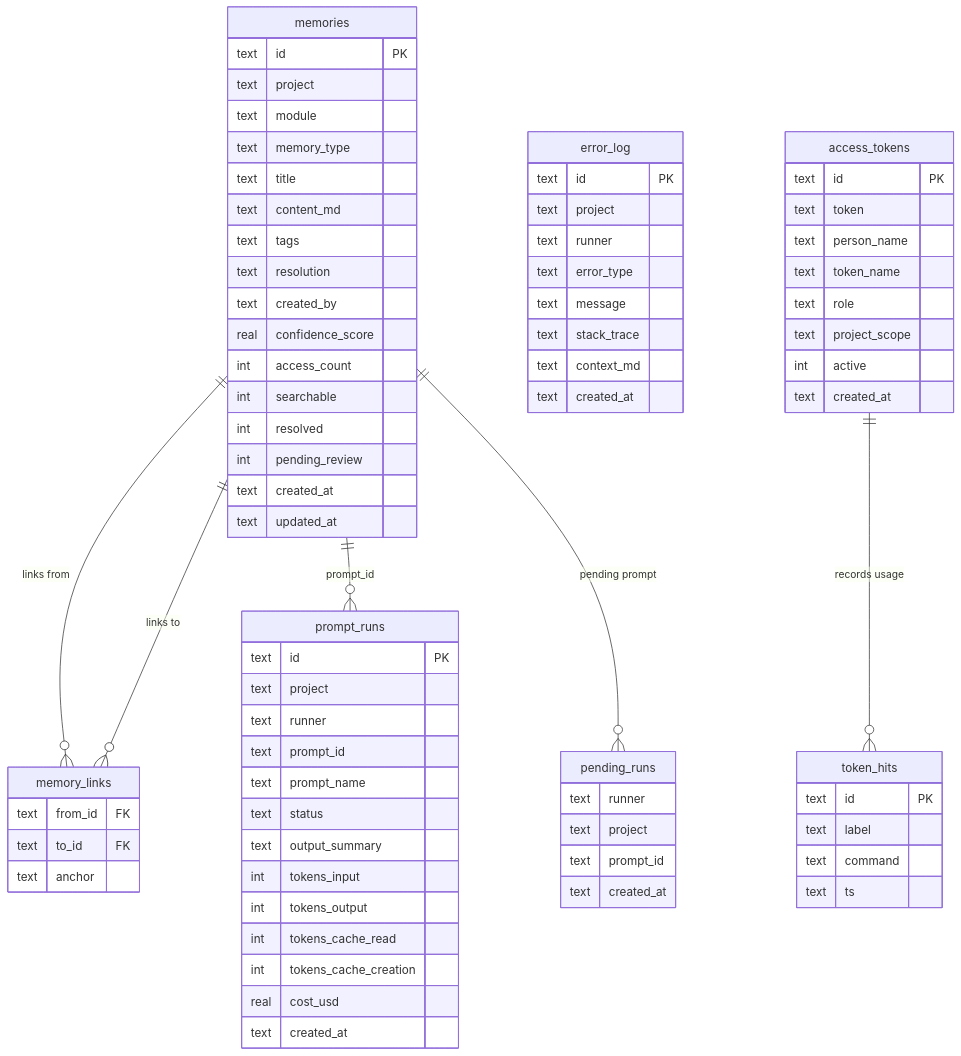
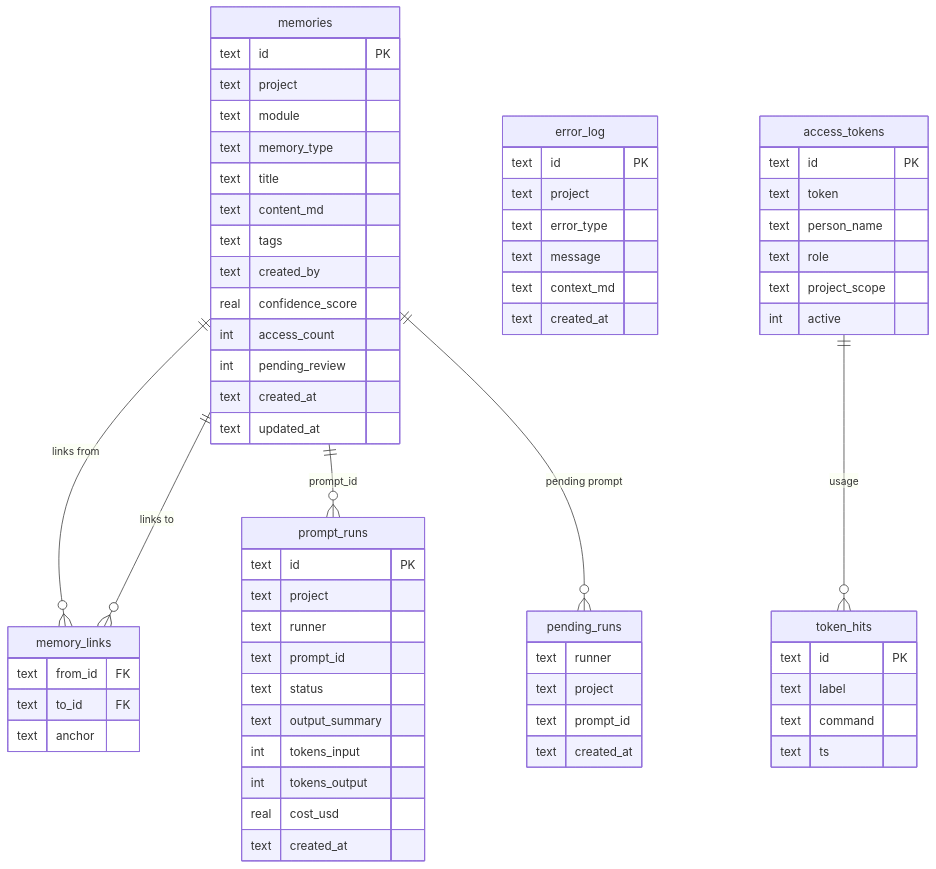
One commit to gshepptech/recall changed the second of 2 diagrams in docs/architecture.md. Above: the diagram before and after it, drawn with Mermaid. The commit also changed other lines of this file, not shown here.

First line of the commit message:
docs: rewrite the architecture guide

````diff
--- a/docs/architecture.md
+++ b/docs/architecture.md
@@ -174,68 +183,52 @@
         text title
         text content_md
         text tags
-        text resolution
         text created_by
         real confidence_score
         int access_count
-        int searchable
-        int resolved
         int pending_review
         text created_at
         text updated_at
     }
-
     memory_links {
         text from_id FK
         text to_id FK
         text anchor
     }
-
     prompt_runs {
         text id PK
         text project
         text runner
         text prompt_id
-        text prompt_name
         text status
         text output_summary
         int tokens_input
         int tokens_output
-        int tokens_cache_read
-        int tokens_cache_creation
         real cost_usd
         text created_at
     }
-
     pending_runs {
         text runner
         text project
         text prompt_id
         text created_at
     }
-
     error_log {
         text id PK
         text project
-        text runner
         text error_type
         text message
-        text stack_trace
         text context_md
         text created_at
     }
-
     access_tokens {
         text id PK
         text token
         text person_name
-        text token_name
         text role
         text project_scope
         int active
-        text created_at
     }
-
     token_hits {
         text id PK
         text label
@@ -247,5 +240,5 @@
     memories ||--o{ memory_links : "links to"
     memories ||--o{ prompt_runs : "prompt_id"
     memories ||--o{ pending_runs : "pending prompt"
-    access_tokens ||--o{ token_hits : "records usage"
+    access_tokens ||--o{ token_hits : "usage"
 ```
````
